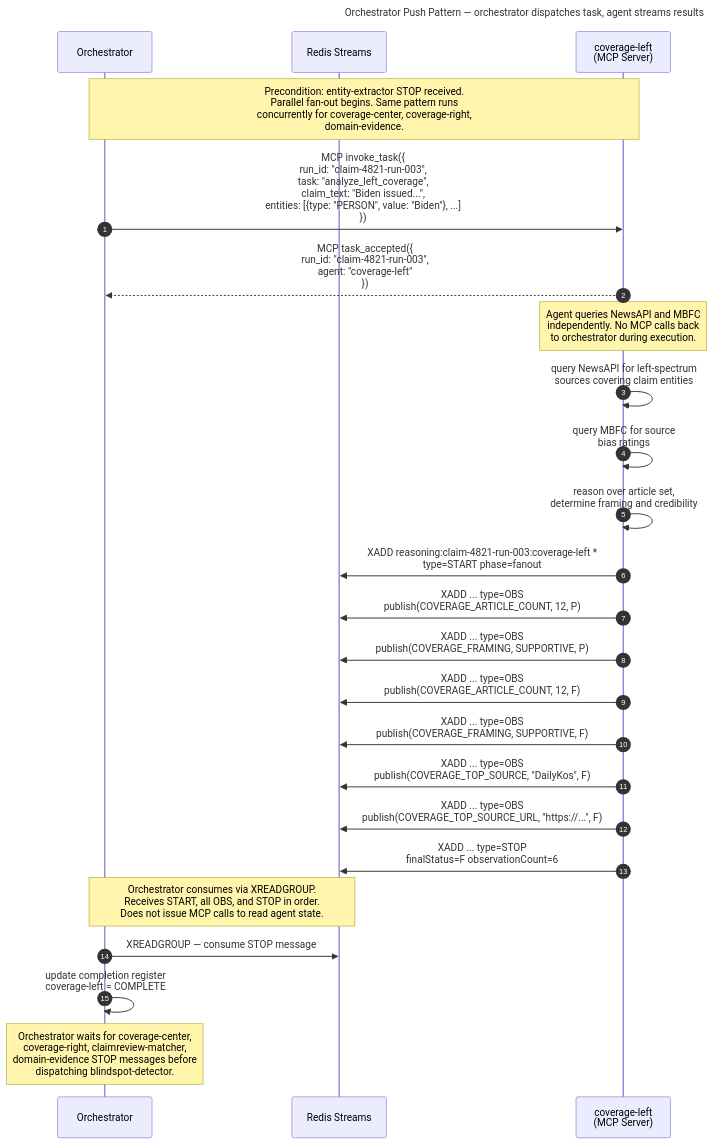
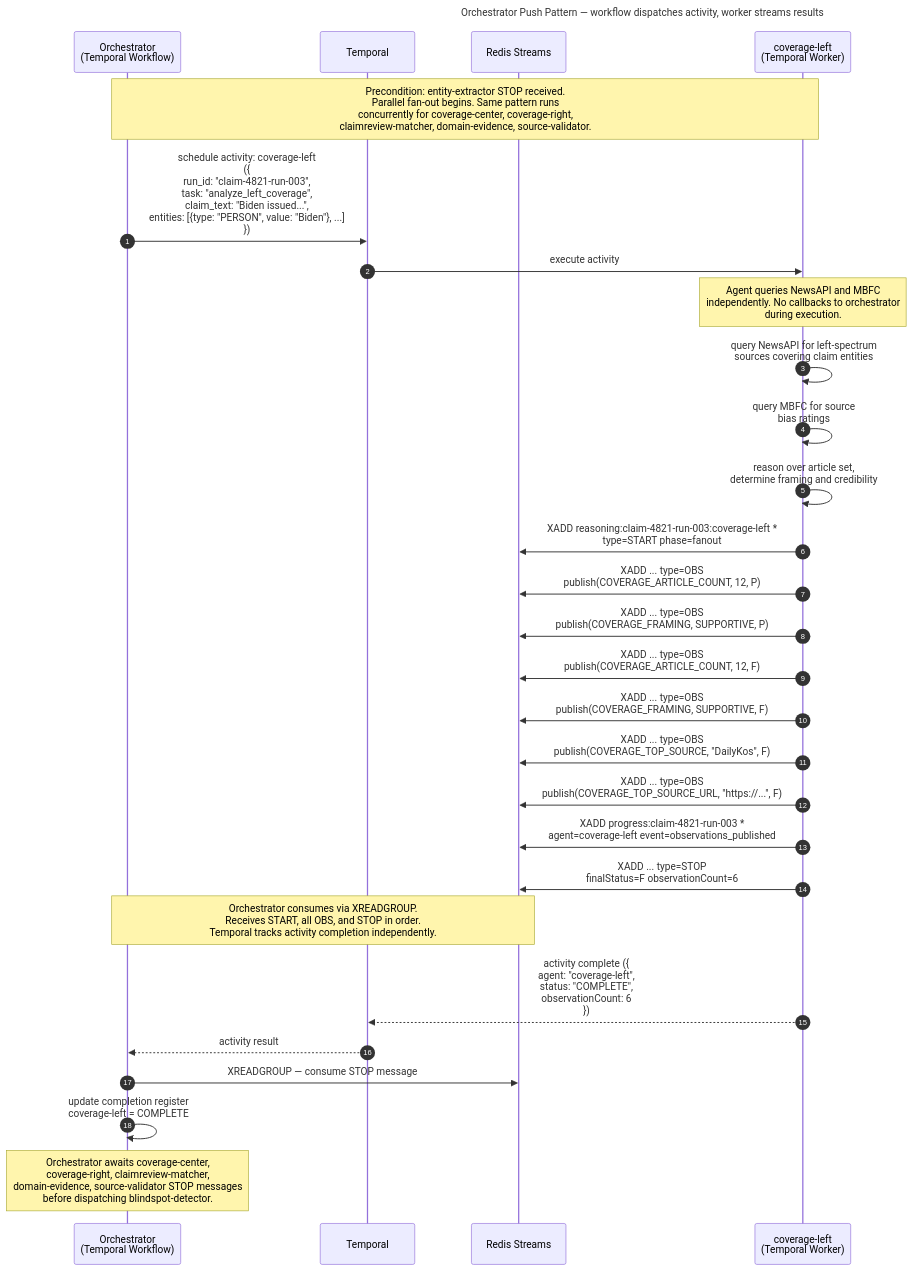
The diagram in docs/diagrams/sequence/seq-orchestrator-push.mermaid (jzallen/swarm-reasoning), drawn with Mermaid before and after one commit. The commit also changed 79 other files, not shown here.

First line of the commit message:
docs: modernize architecture for NestJS/Temporal/PostgreSQL stack

```diff
--- a/docs/diagrams/sequence/seq-orchestrator-push.mermaid
+++ b/docs/diagrams/sequence/seq-orchestrator-push.mermaid
@@ -1,43 +1,50 @@
 ---
-title: Orchestrator Push Pattern — orchestrator dispatches task, agent streams results
+title: Orchestrator Push Pattern — workflow dispatches activity, worker streams results
 ---
 sequenceDiagram
     autonumber
 
-    participant ORC as Orchestrator
+    participant ORC as Orchestrator<br/>(Temporal Workflow)
+    participant TEMPORAL as Temporal
     participant REDIS as Redis Streams
-    participant CL as coverage-left<br/>(MCP Server)
+    participant CL as coverage-left<br/>(Temporal Worker)
 
-    Note over ORC,CL: Precondition: entity-extractor STOP received.<br/>Parallel fan-out begins. Same pattern runs<br/>concurrently for coverage-center, coverage-right,<br/>domain-evidence.
+    Note over ORC,CL: Precondition: entity-extractor STOP received.<br/>Parallel fan-out begins. Same pattern runs<br/>concurrently for coverage-center, coverage-right,<br/>claimreview-matcher, domain-evidence, source-validator.
 
-    ORC->>CL: MCP invoke_task({<br/>  run_id: "claim-4821-run-003",<br/>  task: "analyze_left_coverage",<br/>  claim_text: "Biden issued...",<br/>  entities: [{type: "PERSON", value: "Biden"}, ...]<br/>})
+    ORC->>TEMPORAL: schedule activity: coverage-left<br/>({<br/>  run_id: "claim-4821-run-003",<br/>  task: "analyze_left_coverage",<br/>  claim_text: "Biden issued...",<br/>  entities: [{type: "PERSON", value: "Biden"}, ...]<br/>})
 
-    CL-->>ORC: MCP task_accepted({<br/>  run_id: "claim-4821-run-003",<br/>  agent: "coverage-left"<br/>})
+    TEMPORAL->>CL: execute activity
 
-    Note over CL: Agent queries NewsAPI and MBFC<br/>independently. No MCP calls back<br/>to orchestrator during execution.
+    Note over CL: Agent queries NewsAPI and MBFC<br/>independently. No callbacks to orchestrator<br/>during execution.
 
     CL->>CL: query NewsAPI for left-spectrum<br/>sources covering claim entities
 
     CL->>CL: query MBFC for source<br/>bias ratings
 
     CL->>CL: reason over article set,<br/>determine framing and credibility
 
     CL->>REDIS: XADD reasoning:claim-4821-run-003:coverage-left *<br/>type=START phase=fanout
 
     CL->>REDIS: XADD ... type=OBS<br/>publish(COVERAGE_ARTICLE_COUNT, 12, P)
     CL->>REDIS: XADD ... type=OBS<br/>publish(COVERAGE_FRAMING, SUPPORTIVE, P)
 
     CL->>REDIS: XADD ... type=OBS<br/>publish(COVERAGE_ARTICLE_COUNT, 12, F)
     CL->>REDIS: XADD ... type=OBS<br/>publish(COVERAGE_FRAMING, SUPPORTIVE, F)
     CL->>REDIS: XADD ... type=OBS<br/>publish(COVERAGE_TOP_SOURCE, "DailyKos", F)
     CL->>REDIS: XADD ... type=OBS<br/>publish(COVERAGE_TOP_SOURCE_URL, "https://...", F)
 
+    CL->>REDIS: XADD progress:claim-4821-run-003 *<br/>agent=coverage-left event=observations_published
+
     CL->>REDIS: XADD ... type=STOP<br/>finalStatus=F observationCount=6
 
-    Note over ORC,REDIS: Orchestrator consumes via XREADGROUP.<br/>Receives START, all OBS, and STOP in order.<br/>Does not issue MCP calls to read agent state.
+    Note over ORC,REDIS: Orchestrator consumes via XREADGROUP.<br/>Receives START, all OBS, and STOP in order.<br/>Temporal tracks activity completion independently.
+
+    CL-->>TEMPORAL: activity complete ({<br/>  agent: "coverage-left",<br/>  status: "COMPLETE",<br/>  observationCount: 6<br/>})
+
+    TEMPORAL-->>ORC: activity result
 
     ORC->>REDIS: XREADGROUP — consume STOP message
 
     ORC->>ORC: update completion register<br/>coverage-left = COMPLETE
 
-    Note over ORC: Orchestrator waits for coverage-center,<br/>coverage-right, claimreview-matcher,<br/>domain-evidence STOP messages before<br/>dispatching blindspot-detector.
+    Note over ORC: Orchestrator awaits coverage-center,<br/>coverage-right, claimreview-matcher,<br/>domain-evidence, source-validator STOP messages<br/>before dispatching blindspot-detector.
```
